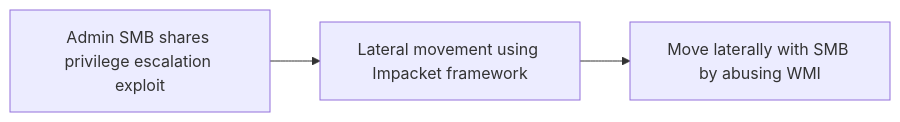
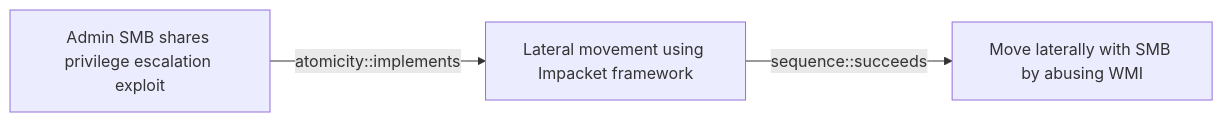
Before and after one commit to opentidehq/library: the diagram in docs/threats/admin-smb-shares-privilege-escalation-exploit.md, drawn with Mermaid. The commit also changed other lines of this file and 277 other files, not shown here.

````diff
--- a/docs/threats/admin-smb-shares-privilege-escalation-exploit.md
+++ b/docs/threats/admin-smb-shares-privilege-escalation-exploit.md
@@ -47,8 +90,8 @@
 ```mermaid
 flowchart LR
 02810748_52b5_4d3a_a788_29a948538cd2["Admin SMB shares privilege escalation exploit"]
 75415bc5_6615_487e_a69c_7a4ffc196996["Lateral movement using Impacket framework"]
 f33a693b_04cd_476e_9067_9deab561e55a["Move laterally with SMB by abusing WMI"]
-02810748_52b5_4d3a_a788_29a948538cd2 --> 75415bc5_6615_487e_a69c_7a4ffc196996
-75415bc5_6615_487e_a69c_7a4ffc196996 --> f33a693b_04cd_476e_9067_9deab561e55a
+02810748_52b5_4d3a_a788_29a948538cd2 -->|atomicity::implements| 75415bc5_6615_487e_a69c_7a4ffc196996
+75415bc5_6615_487e_a69c_7a4ffc196996 -->|sequence::succeeds| f33a693b_04cd_476e_9067_9deab561e55a
 ```
````
